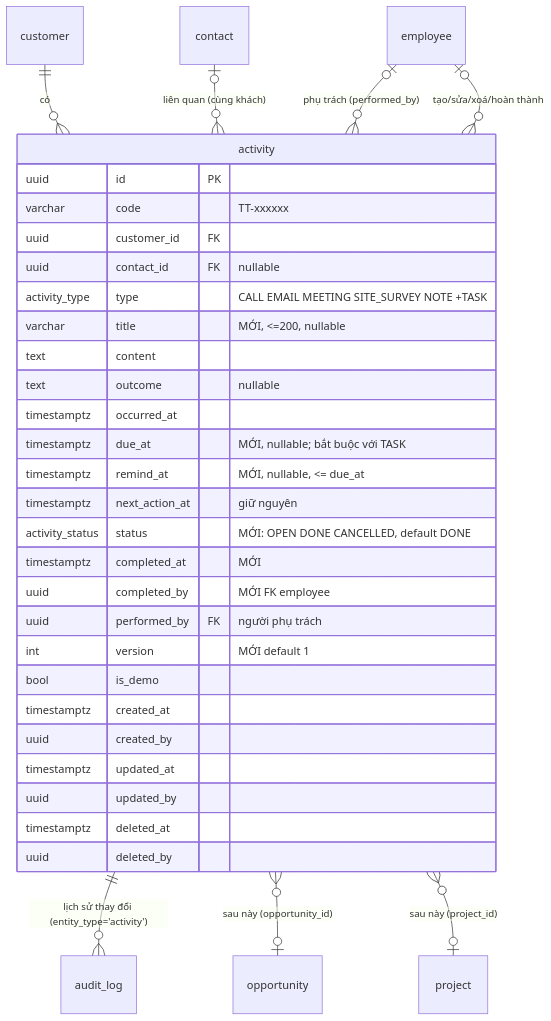
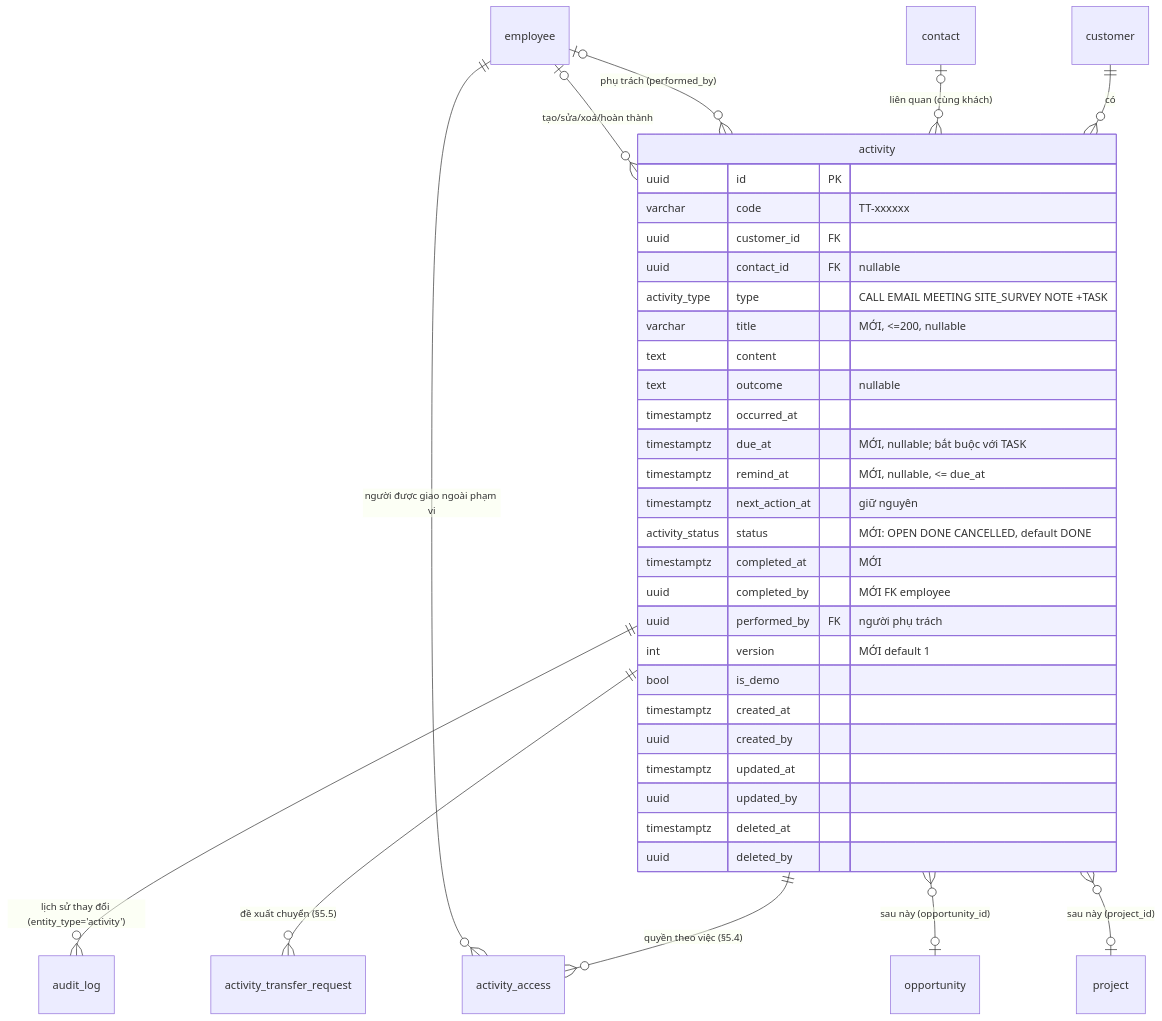
Before and after one commit to siscomdiuehoa/siscom-crm: the diagram in docs/B3_ACTIVITIES_DESIGN.md, drawn with Mermaid. The commit also changed other lines of this file, not shown here.

````diff
--- a/docs/B3_ACTIVITIES_DESIGN.md
+++ b/docs/B3_ACTIVITIES_DESIGN.md
@@ -38,36 +41,39 @@
 ```mermaid
 erDiagram
   customer ||--o{ activity : "có"
   contact  |o--o{ activity : "liên quan (cùng khách)"
   employee |o--o{ activity : "phụ trách (performed_by)"
   employee |o--o{ activity : "tạo/sửa/xoá/hoàn thành"
   activity ||--o{ audit_log : "lịch sử thay đổi (entity_type='activity')"
+  activity ||--o{ activity_access : "quyền theo việc (§5.4)"
+  employee ||--o{ activity_access : "người được giao ngoài phạm vi"
+  activity ||--o{ activity_transfer_request : "đề xuất chuyển (§5.5)"
   activity }o--o| opportunity : "sau này (opportunity_id)"
   activity }o--o| project : "sau này (project_id)"
   activity {
     uuid id PK
     varchar code "TT-xxxxxx"
     uuid customer_id FK
     uuid contact_id FK "nullable"
     activity_type type "CALL EMAIL MEETING SITE_SURVEY NOTE +TASK"
     varchar title "MỚI, <=200, nullable"
     text content
     text outcome "nullable"
     timestamptz occurred_at
     timestamptz due_at "MỚI, nullable; bắt buộc với TASK"
     timestamptz remind_at "MỚI, nullable, <= due_at"
     timestamptz next_action_at "giữ nguyên"
     activity_status status "MỚI: OPEN DONE CANCELLED, default DONE"
     timestamptz completed_at "MỚI"
     uuid completed_by "MỚI FK employee"
     uuid performed_by FK "người phụ trách"
     int version "MỚI default 1"
     bool is_demo
     timestamptz created_at
     uuid created_by
     timestamptz updated_at
     uuid updated_by
     timestamptz deleted_at
     uuid deleted_by
   }
 ```
````
